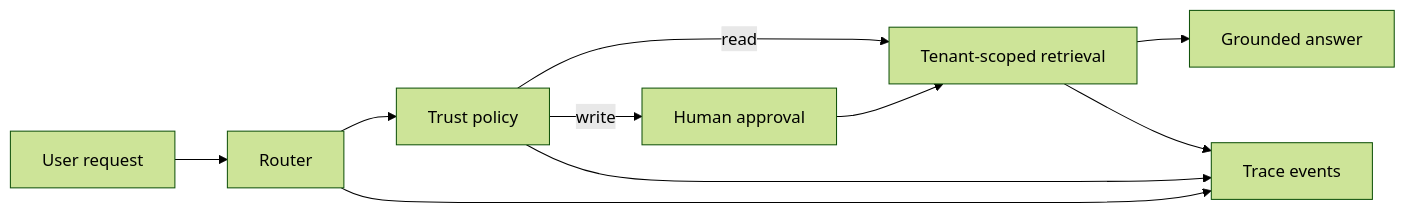
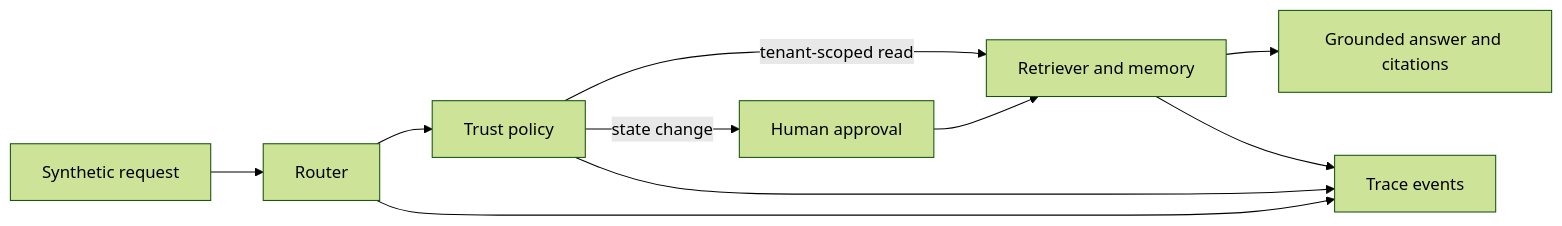
One commit to AbuElNour/agentic-rag-platform-reference changed the diagram in README.md. Above: the diagram before and after it, drawn with Mermaid (forest theme). The commit also changed other lines of this file and 11 other files, not shown here.

````diff
--- a/README.md
+++ b/README.md
@@ -7,12 +12,12 @@
 ```mermaid
 flowchart LR
-    U["User request"] --> R["Router"]
-    R --> P["Trust policy"]
-    P -->|read| K["Tenant-scoped retrieval"]
-    P -->|write| H["Human approval"]
-    H --> K
-    K --> A["Grounded answer"]
-    R --> T["Trace events"]
-    P --> T
-    K --> T
+  U["Synthetic request"] --> R["Router"]
+  R --> P["Trust policy"]
+  P -->|"tenant-scoped read"| K["Retriever and memory"]
+  P -->|"state change"| H["Human approval"]
+  H --> K
+  K --> G["Grounded answer and citations"]
+  R --> T["Trace events"]
+  P --> T
+  K --> T
 ```
````
